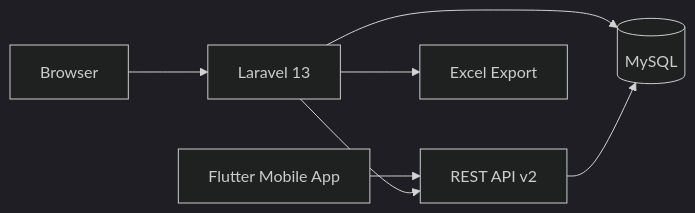
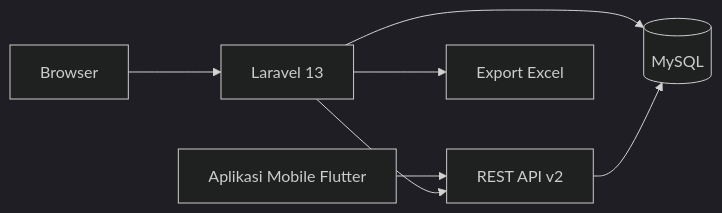
Before and after one commit to ramjitampan/BMTA-Bensin-monitoring-Telkom-akses-: the third of 3 diagrams in README.md, drawn with Mermaid (dark theme). The commit also changed other lines of this file, not shown here.

````diff
--- a/README.md
+++ b/README.md
@@ -273,9 +273,9 @@
 ```mermaid
 flowchart LR
     A[Browser] --> B[Laravel 13]
-    C[Flutter Mobile App] --> D[REST API v2]
+    C[Aplikasi Mobile Flutter] --> D[REST API v2]
     B --> E[(MySQL)]
     B --> D
-    B --> F[Excel Export]
+    B --> F[Export Excel]
     D --> E
 ```
````
